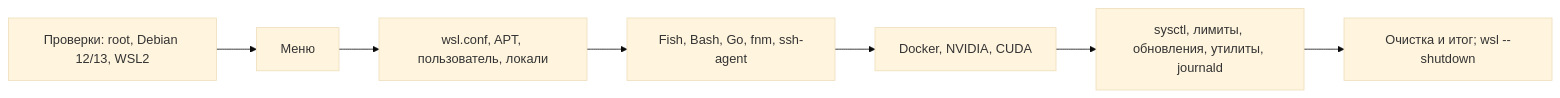
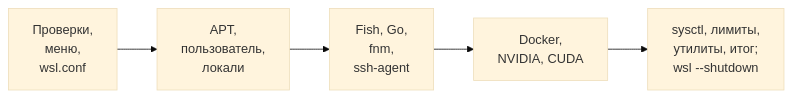
One commit to snaplyze/optimize-debian changed the diagram in docs/README_WSL2.md. Above: the diagram before and after it, drawn with Mermaid (base theme). The commit also changed 7 other files, not shown here.

First line of the commit message:
docs: make the diagrams of README and the guides readable on GitHub

````diff
--- a/docs/README_WSL2.md
+++ b/docs/README_WSL2.md
@@ -160,9 +160,7 @@
 ```mermaid
 flowchart LR
-    A["Проверки: root, Debian 12/13, WSL2"] --> B["Меню"]
-    B --> C["wsl.conf, APT, пользователь, локали"]
-    C --> D["Fish, Bash, Go, fnm, ssh-agent"]
-    D --> E["Docker, NVIDIA, CUDA"]
-    E --> F["sysctl, лимиты, обновления, утилиты, journald"]
-    F --> G["Очистка и итог; wsl --shutdown"]
+    A["Проверки,<br>меню,<br>wsl.conf"] --> B["APT,<br>пользователь,<br>локали"]
+    B --> C["Fish, Go,<br>fnm,<br>ssh-agent"]
+    C --> D["Docker,<br>NVIDIA, CUDA"]
+    D --> E["sysctl, лимиты,<br>утилиты, итог;<br>wsl --shutdown"]
 ```
````
